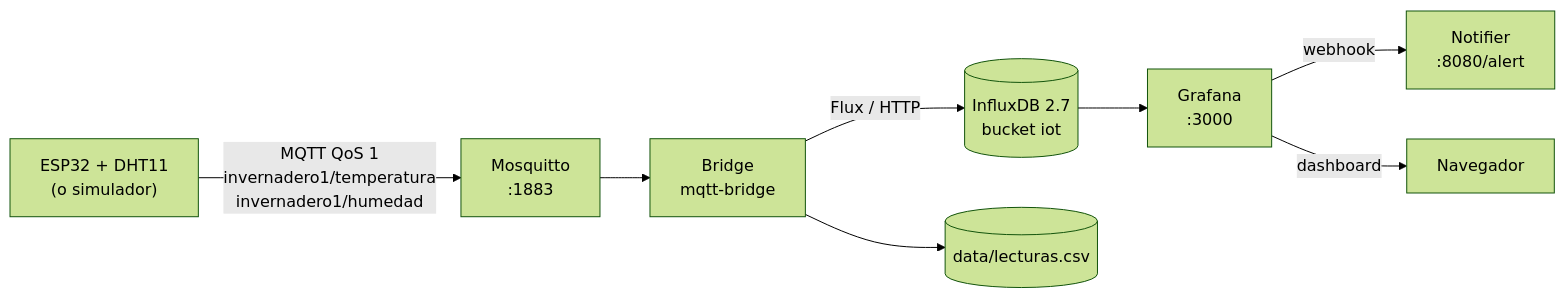
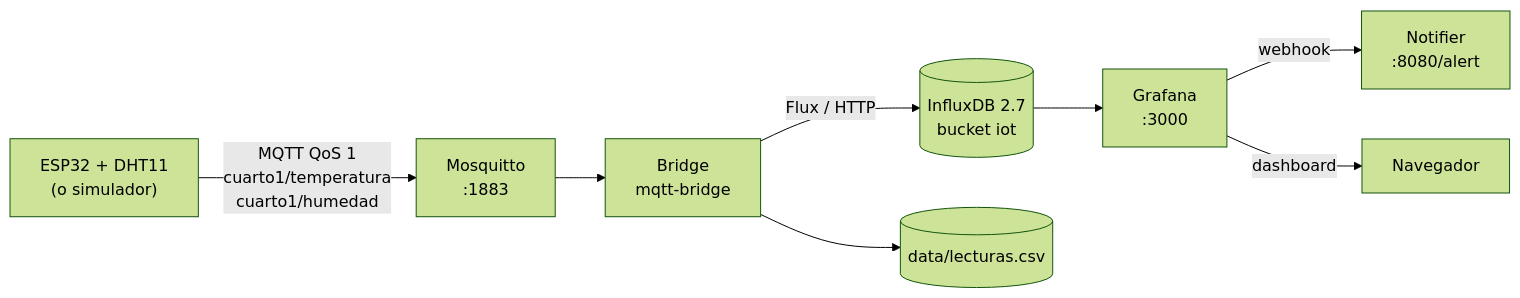
One commit to juano2024/IA_for_IoT changed the diagram in README.md. Above: the diagram before and after it, drawn with Mermaid (forest theme). The commit also changed other lines of this file, not shown here.

Commit message:
docs: replace 'invernadero' with 'cuarto' in Práctica 2 section

````diff
--- a/README.md
+++ b/README.md
@@ -969,10 +969,10 @@
 ```mermaid
 flowchart LR
-    ESP32["ESP32 + DHT11<br/>(o simulador)"] -->|"MQTT QoS 1<br/>invernadero1/temperatura<br/>invernadero1/humedad"| MQ["Mosquitto<br/>:1883"]
+    ESP32["ESP32 + DHT11<br/>(o simulador)"] -->|"MQTT QoS 1<br/>cuarto1/temperatura<br/>cuarto1/humedad"| MQ["Mosquitto<br/>:1883"]
     MQ --> BR["Bridge<br/>mqtt-bridge"]
     BR -->|"Flux / HTTP"| INF[("InfluxDB 2.7<br/>bucket iot")]
     BR --> CSV[("data/lecturas.csv")]
     INF --> GRAF["Grafana<br/>:3000"]
     GRAF -->|"webhook"| NOT["Notifier<br/>:8080/alert"]
     GRAF -->|"dashboard"| USER["Navegador"]
 ```
````
